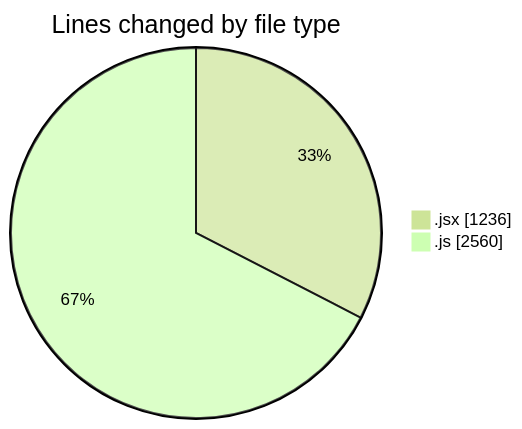
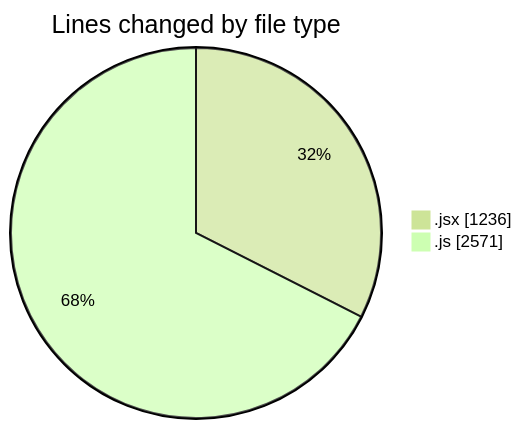
Before and after one commit to nxtqubesakshisongat/code-tracking: the first of 2 diagrams in 2025-07-25/nxtqube_webapp/README.md, drawn with Mermaid (forest theme). The commit also changed other lines of this file and 1 other file, not shown here.

````diff
--- a/2025-07-25/nxtqube_webapp/README.md
+++ b/2025-07-25/nxtqube_webapp/README.md
@@ -33,6 +33,6 @@
 ```mermaid
 pie showData
 title Lines changed by file type
 ".jsx" : 1236
-".js" : 2560
+".js" : 2571
 ```
````
